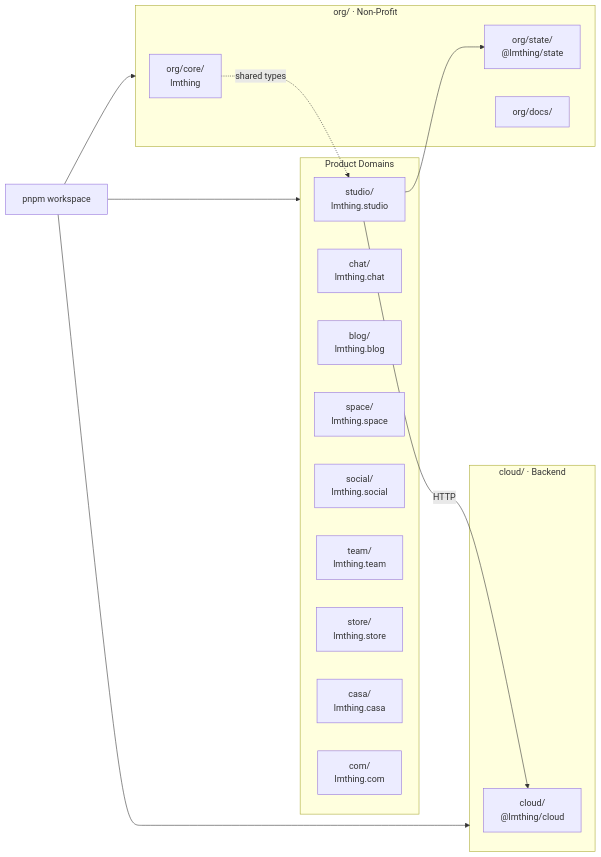
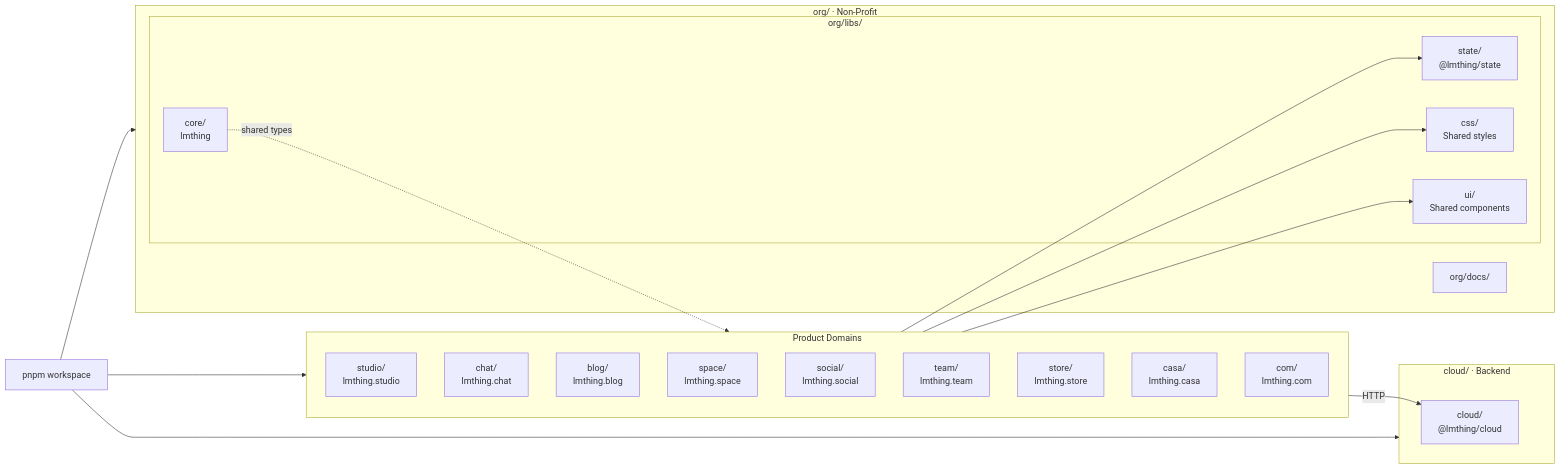
Diagram 11 of 11 in Architecture.md (lmthing/lmthing), drawn with Mermaid before and after one commit. The commit also changed other lines of this file and 1 other file, not shown here.

Commit message:
feat: update monorepo structure to include shared libraries for core, state, CSS, and UI components

````diff
--- a/Architecture.md
+++ b/Architecture.md
@@ -294,33 +294,37 @@
 ```mermaid
 graph LR
     Root["pnpm workspace"]
 
     subgraph Org["org/ · Non-Profit"]
-        Core["org/core/<br/>lmthing"]
-        State["org/state/<br/>@lmthing/state"]
+        subgraph Libs["org/libs/"]
+            Core["core/<br/>lmthing"]
+            State["state/<br/>@lmthing/state"]
+            CSS["css/<br/>Shared styles"]
+            UI["ui/<br/>Shared components"]
+        end
         Docs["org/docs/"]
     end
 
     subgraph Cloud["cloud/ · Backend"]
         CloudPkg["cloud/<br/>@lmthing/cloud"]
     end
 
     subgraph Products["Product Domains"]
         StudioDir["studio/<br/>lmthing.studio"]
         ChatDir["chat/<br/>lmthing.chat"]
         BlogDir["blog/<br/>lmthing.blog"]
         SpaceDir["space/<br/>lmthing.space"]
         SocialDir["social/<br/>lmthing.social"]
         TeamDir["team/<br/>lmthing.team"]
         StoreDir["store/<br/>lmthing.store"]
         CasaDir["casa/<br/>lmthing.casa"]
         ComDir["com/<br/>lmthing.com"]
     end
 
     Root --> Org
     Root --> Cloud
     Root --> Products
-    StudioDir --> State
-    StudioDir -- "HTTP" --> CloudPkg
-    Core -. "shared types" .-> StudioDir
+    Products --> State & CSS & UI
+    Products -- "HTTP" --> CloudPkg
+    Core -. "shared types" .-> Products
 ```
````
